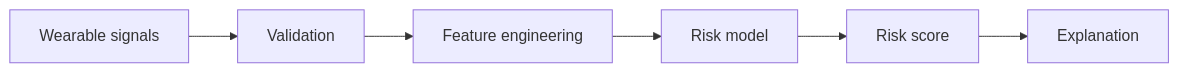
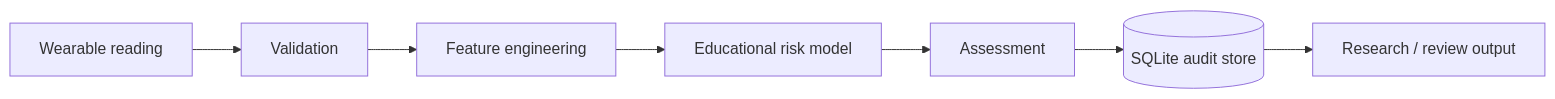
The diagram in README.md (rsswethaa/heart-attack-prediction-wearables), drawn with Mermaid before and after one commit. The commit also changed other lines of this file and 12 other files, not shown here.

````diff
--- a/README.md
+++ b/README.md
@@ -13,8 +20,9 @@
 ```mermaid
 flowchart LR
-  W[Wearable signals] --> V[Validation]
+  W[Wearable reading] --> V[Validation]
   V --> F[Feature engineering]
-  F --> M[Risk model]
-  M --> S[Risk score]
-  S --> E[Explanation]
+  F --> M[Educational risk model]
+  M --> A[Assessment]
+  A --> DB[(SQLite audit store)]
+  DB --> R[Research / review output]
 ```
````
